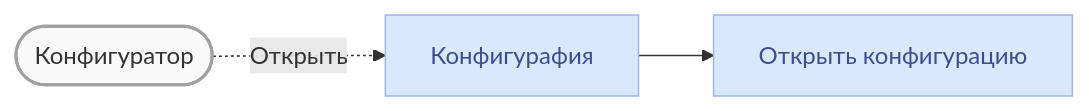
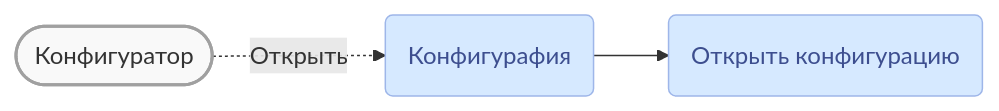
The second of 3 diagrams in faq/crash/main-white-window.md (lugovoe/manual), drawn with Mermaid before and after one commit. The commit also changed other lines of this file, not shown here.

````diff
--- a/faq/crash/main-white-window.md
+++ b/faq/crash/main-white-window.md
@@ -42,11 +42,11 @@
 ``` mermaid
 flowchart LR
   b1([Конфигуратор]);
-  b1 -. Открыть .-> m1[Конфигурафия];
-  m1 --> m2[Открыть конфигурацию];
+  b1 -. Открыть .-> m1(Конфигурафия);
+  m1 --> m2(Открыть конфигурацию);
   classDef default fill:#facc1f,stroke:#a0a0a0,stroke-width:1px;
   classDef button fill:#f9f9f9,stroke-width:2px;
   classDef confmenu fill:#d6e9ff,stroke:#9eb6e9,color:#3d4e8f;
   class b1 button;
   class m1,m2 confmenu;
 ```
````
